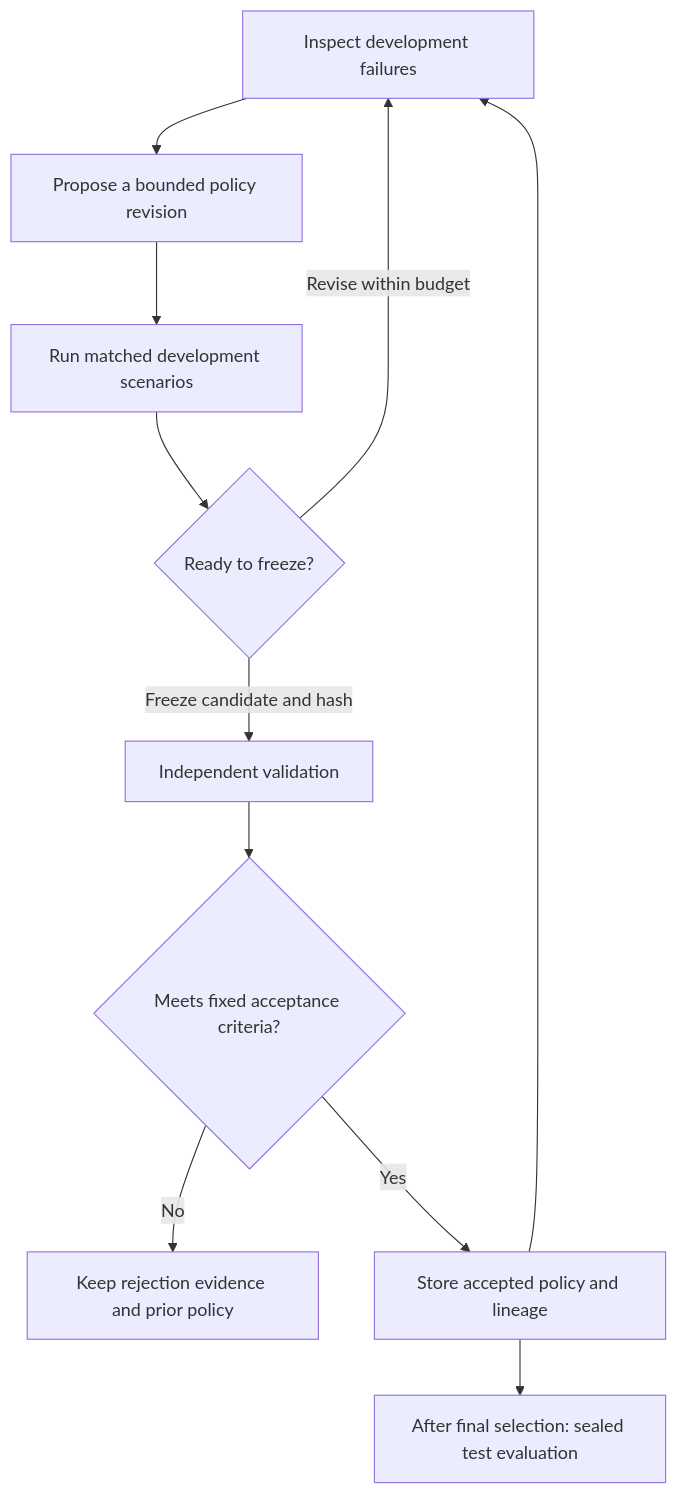
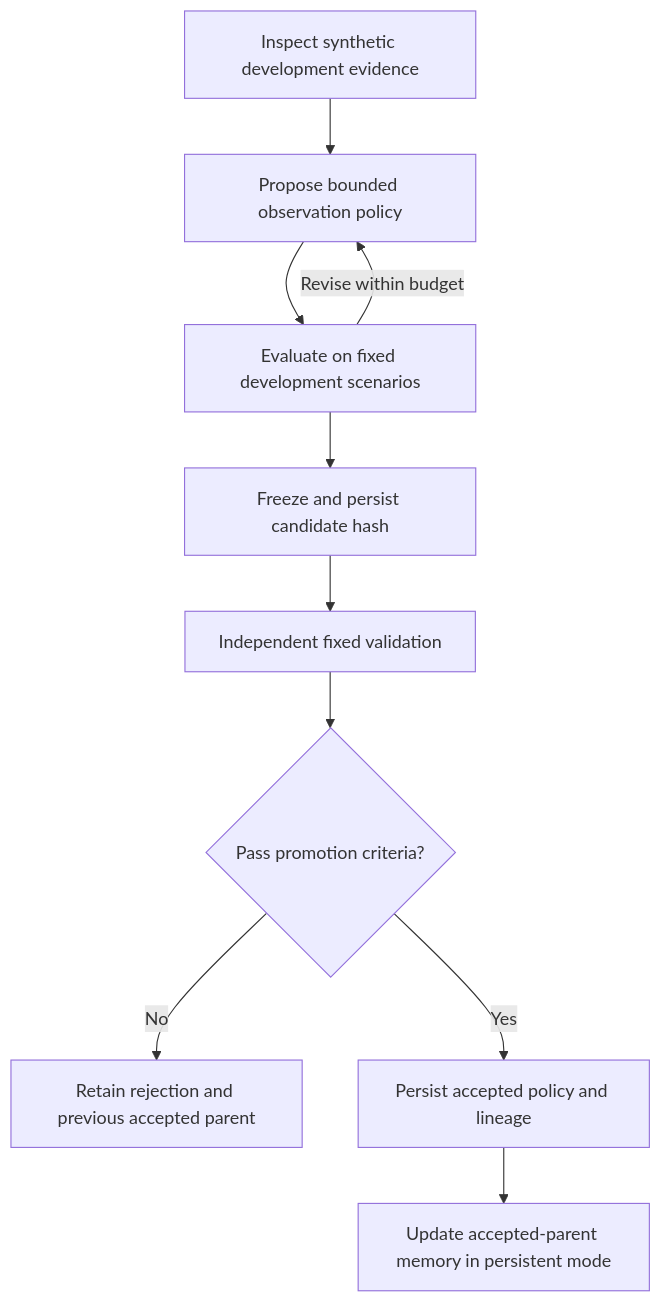
One commit to arazfar/uita changed the third of 3 diagrams in README.md. Above: the diagram before and after it, drawn with Mermaid. The commit also changed other lines of this file, not shown here.

Commit message:
Document implemented prototypes and remove README roadmap

````diff
--- a/README.md
+++ b/README.md
@@ -117,13 +93,12 @@
 ```mermaid
 flowchart TD
-    A[Inspect development failures] --> B[Propose a bounded policy revision]
-    B --> C[Run matched development scenarios]
-    C --> D{Ready to freeze?}
-    D -->|Revise within budget| A
-    D -->|Freeze candidate and hash| E[Independent validation]
-    E --> F{Meets fixed acceptance criteria?}
-    F -->|No| R[Keep rejection evidence and prior policy]
-    F -->|Yes| M[Store accepted policy and lineage]
-    M --> A
-    M --> H[After final selection: sealed test evaluation]
+    A[Inspect synthetic development evidence] --> B[Propose bounded observation policy]
+    B --> C[Evaluate on fixed development scenarios]
+    C -->|Revise within budget| B
+    C --> D[Freeze and persist candidate hash]
+    D --> E[Independent fixed validation]
+    E --> F{Pass promotion criteria?}
+    F -->|No| R[Retain rejection and previous accepted parent]
+    F -->|Yes| M[Persist accepted policy and lineage]
+    M --> N[Update accepted-parent memory in persistent mode]
 ```
````
